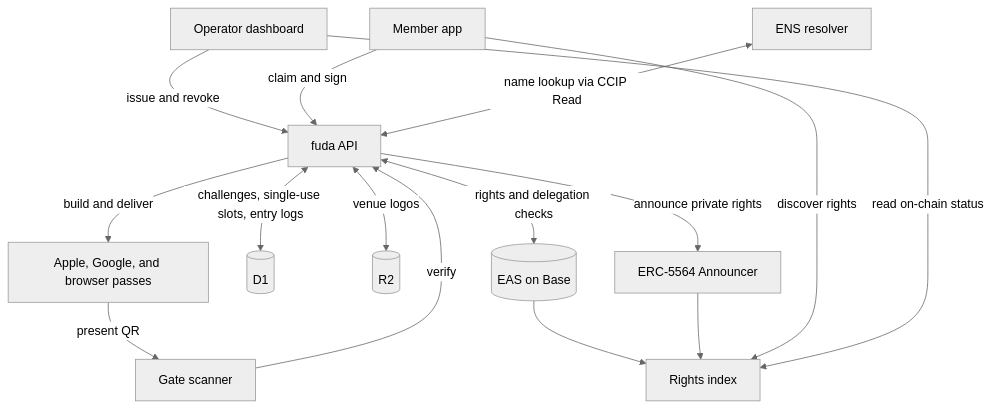
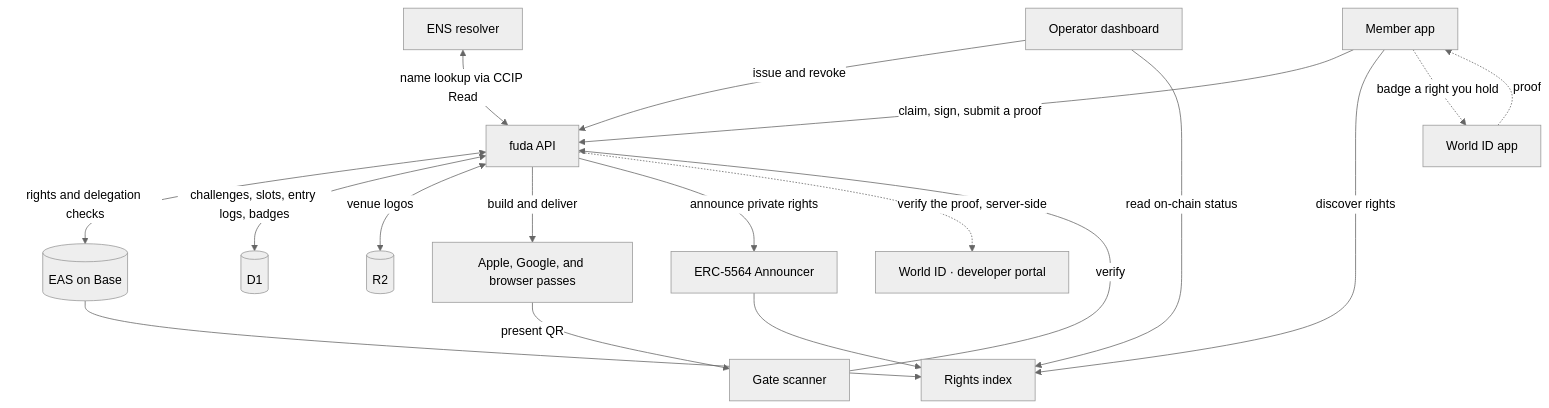
One commit to oboroxyz/fuda-sh changed the first of 2 diagrams in README.md. Above: the diagram before and after it, drawn with Mermaid (neutral theme). The commit also changed other lines of this file, not shown here.

Commit message:
docs: show the World ID scope in the README diagram
The "How it fits together" diagram had no World ID at all, so a reader
could not see what this event added or, more importantly, where it
stops. Add the World ID app and developer portal on dashed edges, the
notation ens.md already uses, and say in prose that the gate never
reaches World: admission still reads EAS and D1 alone, and an unbadged
Right answers as it did before.

Also name the badges table on the D1 edge and the proof on the member
app's edge to the API.

````diff
--- a/README.md
+++ b/README.md
@@ -29,17 +29,20 @@
 ```mermaid
 flowchart TB
     DASH[Operator dashboard] -->|issue and revoke| API[fuda API]
-    APP[Member app] -->|claim and sign| API
+    APP[Member app] -->|claim, sign, submit a proof| API
     GATE[Gate scanner] -->|verify| API
     API <-->|rights and delegation checks| EAS[(EAS on Base)]
-    API <-->|challenges, single-use slots, entry logs| D1[(D1)]
+    API <-->|challenges, slots, entry logs, badges| D1[(D1)]
     API <-->|venue logos| R2[(R2)]
     API -->|build and deliver| PASS[Apple, Google, and browser passes]
     PASS -->|present QR| GATE
     EAS --> INDEX[Rights index]
     ANN[ERC-5564 Announcer] --> INDEX
     API -->|announce private rights| ANN
     APP -->|discover rights| INDEX
     DASH -->|read on-chain status| INDEX
     ENS[ENS resolver] <-->|name lookup via CCIP Read| API
+    APP -. "badge a right you hold" .-> WID[World ID app]
+    WID -. proof .-> APP
+    API -. "verify the proof, server-side" .-> WORLD[World ID · developer portal]
 ```
````
